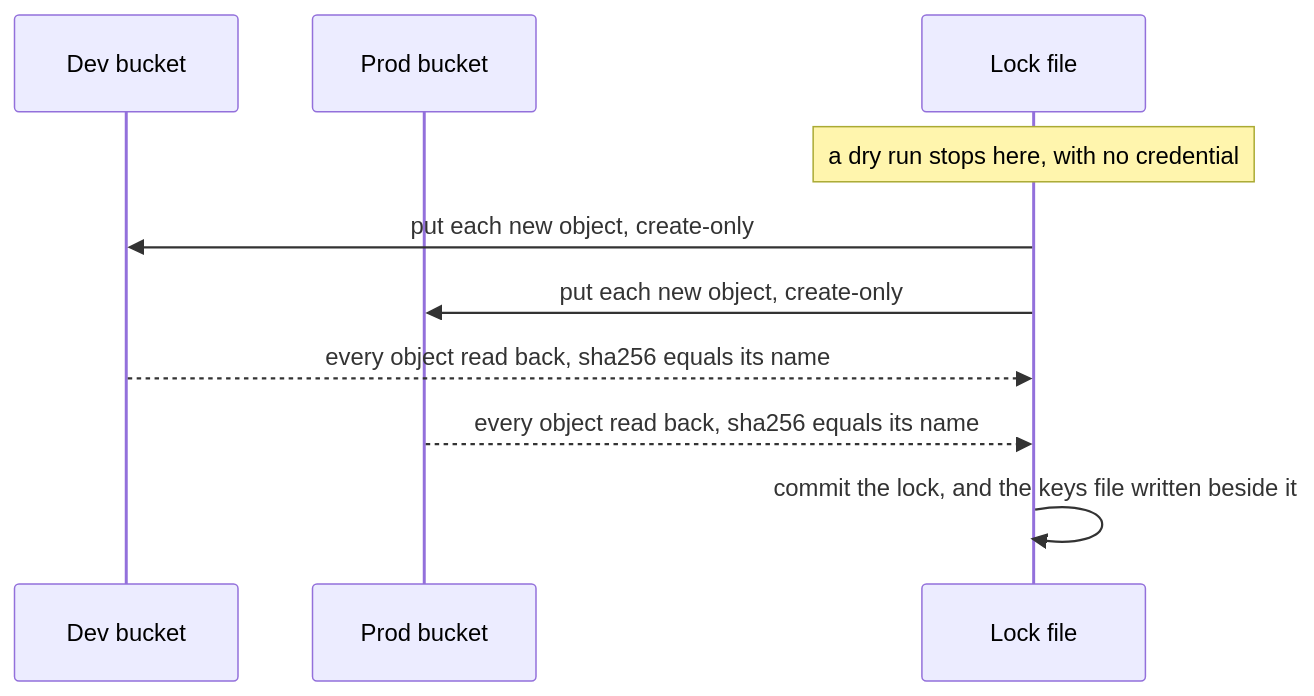
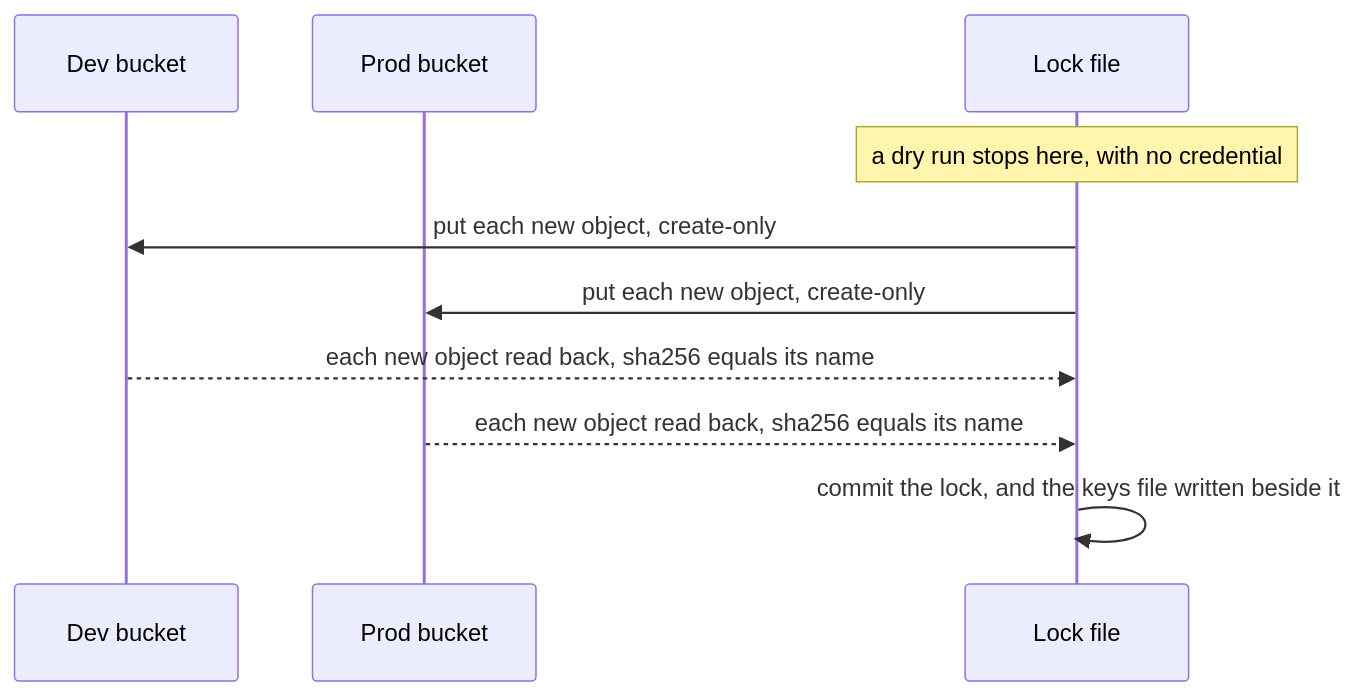
One commit to Esposter/Esposter changed the second of 2 diagrams in openspec/changes/architecture-hosted-assets/design.md. Above: the diagram before and after it, drawn with Mermaid. The commit also changed other lines of this file and 16 other files, not shown here.

First line of the commit message:
fix(hosted-assets): a publish whose lock stays as it is makes no request, reads back only what its lock newly names, and aborts on a lost index of a scope it keeps

````diff
--- a/openspec/changes/architecture-hosted-assets/design.md
+++ b/openspec/changes/architecture-hosted-assets/design.md
@@ -84,12 +84,12 @@
 ```mermaid
 sequenceDiagram
   participant Dev as Dev bucket
   participant Prod as Prod bucket
   participant Lock as Lock file
   Note over Lock: a dry run stops here, with no credential
   Lock->>Dev: put each new object, create-only
   Lock->>Prod: put each new object, create-only
-  Dev-->>Lock: every object read back, sha256 equals its name
-  Prod-->>Lock: every object read back, sha256 equals its name
+  Dev-->>Lock: each new object read back, sha256 equals its name
+  Prod-->>Lock: each new object read back, sha256 equals its name
   Lock->>Lock: commit the lock, and the keys file written beside it
 ```
````
